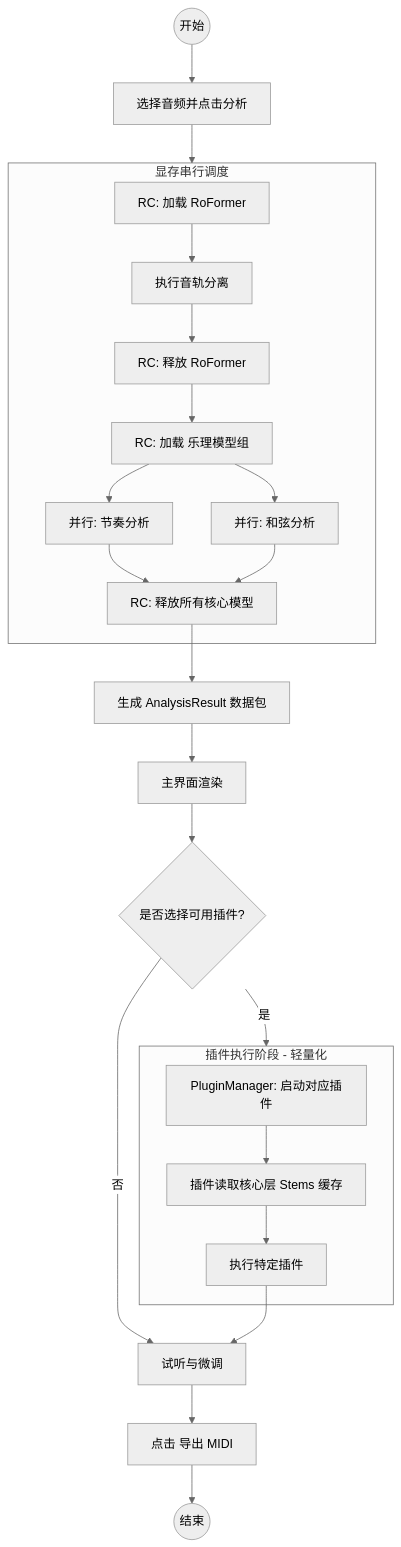
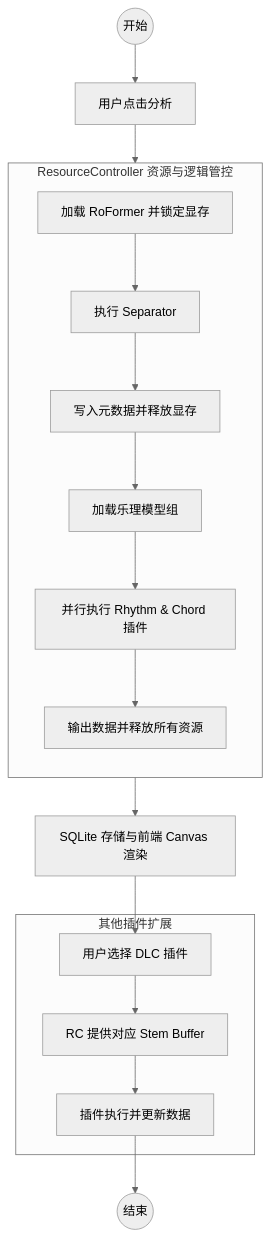
The third of 3 diagrams in 需求构思与建模.md (GotoMiyuki/TABsucks), drawn with Mermaid (neutral theme) before and after one commit. The commit also changed other lines of this file, not shown here.

Commit message:
Refactor class diagrams and flowchart in documentation

````diff
--- a/需求构思与建模.md
+++ b/需求构思与建模.md
@@ -213,36 +203,25 @@
 ```mermaid
 flowchart TD
-    Start((开始)) --> U1[选择音频并点击分析]
+    Start((开始)) --> U1[用户点击分析]
     
-    subgraph Core_Analysis [显存串行调度]
-        S1[RC: 加载 RoFormer]
-        S1 --> S2[执行音轨分离]
-        S2 --> S3[RC: 释放 RoFormer]
+    subgraph ResourceController_Scope [ResourceController 资源与逻辑管控]
+        direction TB
+        R1[加载 RoFormer 并锁定显存] --> R2[执行 Separator]
+        R2 --> R3[写入元数据并释放显存]
         
-        S3 --> S4[RC: 加载 乐理模型组]
-        S4 --> F1[并行: 节奏分析]
-        S4 --> F2[并行: 和弦分析]
-        F1 --> S5[RC: 释放所有核心模型]
-        F2 --> S5
+        R3 --> R4[加载乐理模型组]
+        R4 --> R5[并行执行 Rhythm & Chord 插件]
+        R5 --> R6[输出数据并释放所有资源]
     end
-    U1 --> Core_Analysis
 
-    S5 --> I1[生成 AnalysisResult 数据包]
-    I1 --> D1[主界面渲染]
-    
-    D1 --> CheckPlugin{是否选择可用插件?}
-    CheckPlugin -- 是 --> Plugin_Inference
-    CheckPlugin -- 否 --> U3
-    
-    
-    subgraph Plugin_Inference [插件执行阶段 - 轻量化]
-        P2[PluginManager: 启动对应插件]
-        P2 --> P3[插件读取核心层 Stems 缓存]
-        P3 --> P4[执行特定插件]
+    U1 --> R1
+    R6 --> D1[SQLite 存储与前端 Canvas 渲染]
+
+    subgraph DLC_Scope [其他插件扩展]
+        P1[用户选择 DLC 插件] --> P2[RC 提供对应 Stem Buffer]
+        P2 --> P3[插件执行并更新数据]
     end
-    
-    P4 --> U3
-    U3[试听与微调] --> U4[点击 导出 MIDI]
-    
-    U4 --> End((结束))
+
+    D1 --> P1
+    P3 --> End((结束))
 ```
````
